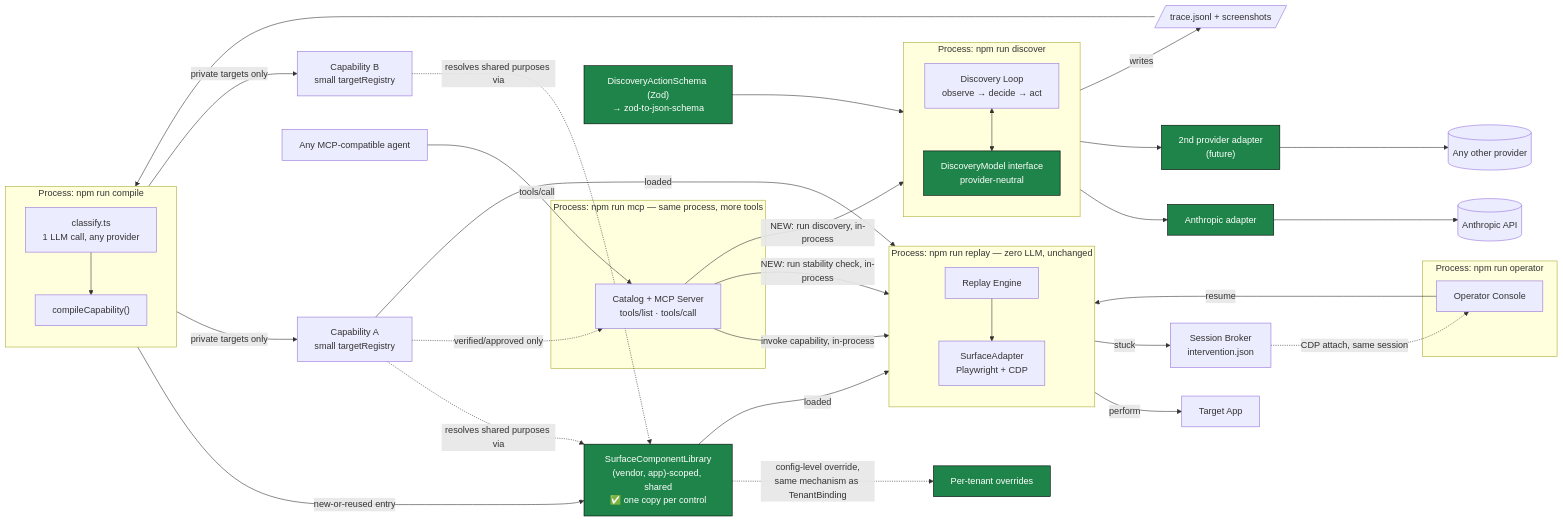
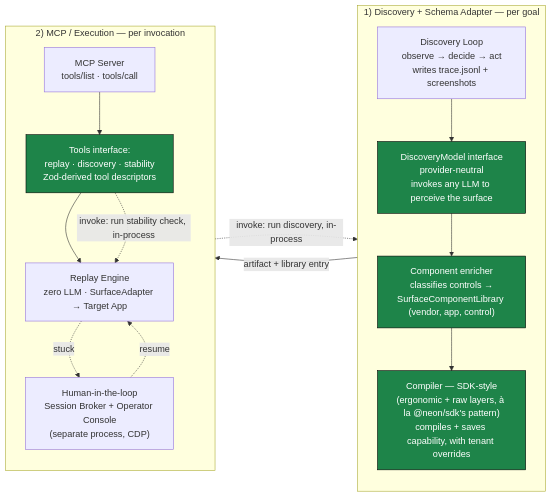
One commit to raycollabs/interface_replay_ai changed the second of 2 diagrams in FORWARD_DESIGN.md. Above: the diagram before and after it, drawn with Mermaid. The commit also changed other lines of this file, not shown here.

````diff
--- a/FORWARD_DESIGN.md
+++ b/FORWARD_DESIGN.md
@@ -64,59 +66,29 @@
 ```mermaid
 flowchart LR
-    subgraph DISCOVERY["Process: npm run discover"]
+    subgraph COL1["1) Discovery + Schema Adapter — per goal"]
         direction TB
-        LOOP["Discovery Loop<br/>observe → decide → act"]
-        IFACE["DiscoveryModel interface<br/>provider-neutral"]
-        LOOP <--> IFACE
+        D1["Discovery Loop<br/>observe → decide → act<br/>writes trace.jsonl + screenshots"]
+        D2["DiscoveryModel interface<br/>provider-neutral<br/>invokes any LLM to perceive the surface"]
+        D3["Component enricher<br/>classifies controls →<br/>SurfaceComponentLibrary (vendor, app, control)"]
+        D4["Compiler — SDK-style<br/>(ergonomic + raw layers, à la @neon/sdk's pattern)<br/>compiles + saves capability, with tenant overrides"]
+        D1 --> D2 --> D3 --> D4
     end
-    TOOLS["DiscoveryActionSchema (Zod)<br/>→ zod-to-json-schema"] --> IFACE
-    IFACE --> ADP_A["Anthropic adapter"]
-    IFACE --> ADP_B["2nd provider adapter<br/>(future)"]
-    ADP_A --> ANTHROPIC[("Anthropic API")]
-    ADP_B --> OTHER[("Any other provider")]
-    LOOP -->|writes| TRACE[/"trace.jsonl + screenshots"/]
 
-    subgraph COMPILE["Process: npm run compile"]
+    subgraph COL2["2) MCP / Execution — per invocation"]
         direction TB
-        CLASSIFY["classify.ts<br/>1 LLM call, any provider"]
-        COMPILER["compileCapability()"]
-        CLASSIFY --> COMPILER
+        M1["MCP Server<br/>tools/list · tools/call"]
+        M2["Tools interface:<br/>replay · discovery · stability<br/>Zod-derived tool descriptors"]
+        M3["Replay Engine<br/>zero LLM · SurfaceAdapter → Target App"]
+        M4["Human-in-the-loop<br/>Session Broker + Operator Console<br/>(separate process, CDP)"]
+        M1 --> M2 --> M3
+        M3 -.->|stuck| M4
+        M4 -.->|resume| M3
     end
-    TRACE --> CLASSIFY
 
-    COMPILER -->|new-or-reused entry| LIB["SurfaceComponentLibrary<br/>(vendor, app)-scoped, shared<br/>✅ one copy per control"]
-    LIB -.->|config-level override,<br/>same mechanism as TenantBinding| TENANTCFG["Per-tenant overrides"]
-    COMPILER -->|private targets only| ARTA["Capability A<br/>small targetRegistry"]
-    COMPILER -->|private targets only| ARTB["Capability B<br/>small targetRegistry"]
-    ARTA -.->|resolves shared purposes via| LIB
-    ARTB -.->|resolves shared purposes via| LIB
-
-    subgraph REPLAY["Process: npm run replay — zero LLM, unchanged"]
-        direction TB
-        ENGINE["Replay Engine"]
-        ADAPTER["SurfaceAdapter<br/>Playwright + CDP"]
-        ENGINE --> ADAPTER
-    end
-    ARTA -->|loaded| ENGINE
-    LIB -->|loaded| ENGINE
-    ADAPTER -->|perform| APP["Target App"]
-
-    ENGINE -->|stuck| BROKER["Session Broker<br/>intervention.json"]
-    subgraph OPERATOR["Process: npm run operator"]
-        CONSOLE["Operator Console"]
-    end
-    BROKER -.->|CDP attach, same session| CONSOLE
-    CONSOLE -->|resume| ENGINE
-
-    subgraph MCP["Process: npm run mcp — same process, more tools"]
-        CATALOG["Catalog + MCP Server<br/>tools/list · tools/call"]
-    end
-    ARTA -.->|verified/approved only| CATALOG
-    CATALOG -->|invoke capability, in-process| ENGINE
-    CATALOG -->|"NEW: run discovery, in-process"| LOOP
-    CATALOG -->|"NEW: run stability check, in-process"| ENGINE
-    ANYAGENT["Any MCP-compatible agent"] -->|tools/call| CATALOG
+    D4 -->|artifact + library entry| M1
+    M2 -.->|"invoke: run discovery, in-process"| D1
+    M2 -.->|"invoke: run stability check, in-process"| M3
 
     classDef newthing fill:#1e8449,color:#fff,stroke:#000
-    class IFACE,ADP_A,ADP_B,TOOLS,LIB,TENANTCFG newthing
+    class D2,D3,D4,M2 newthing
 ```
````
